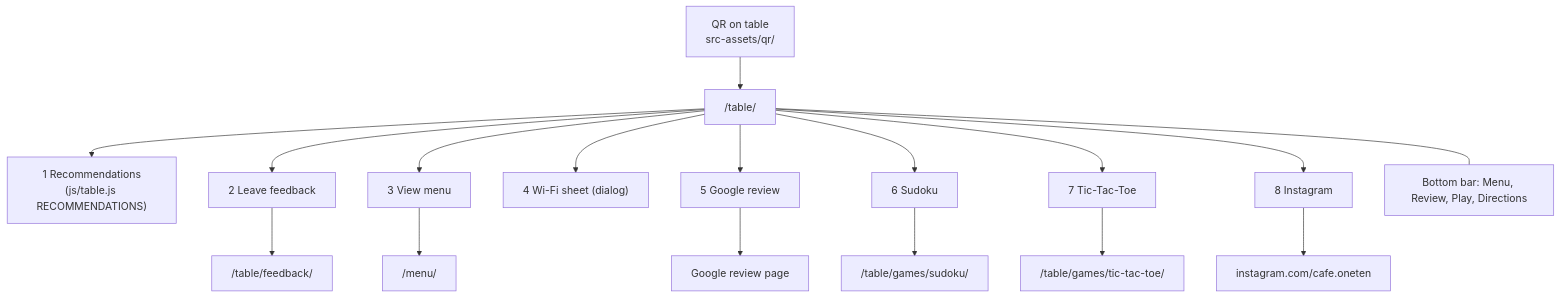
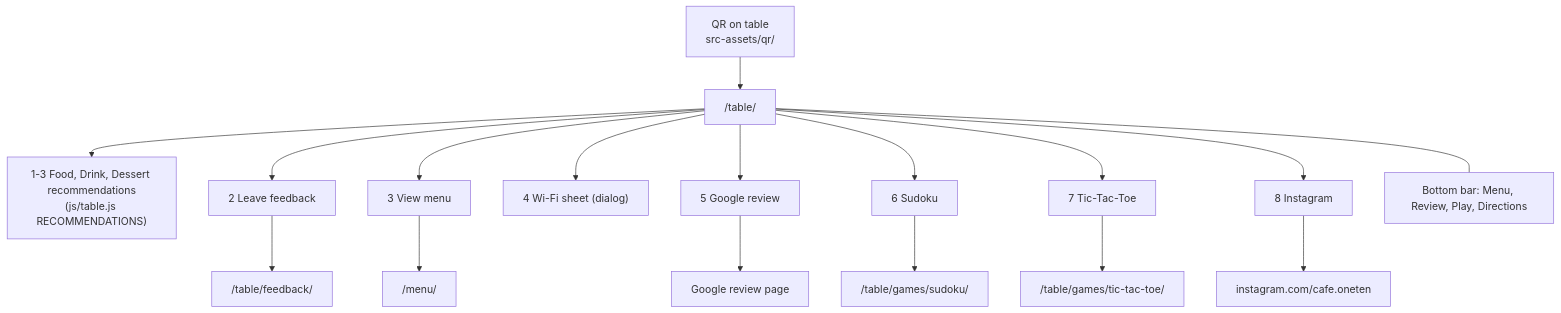
Before and after one commit to mahesh9403/Cafe-110-v2: the third of 4 diagrams in CODEBASE.md, drawn with Mermaid. The commit also changed other lines of this file and 19 other files, not shown here.

First line of the commit message:
feat(table): separate Food, Drink and Dessert recommendation rows

````diff
--- a/CODEBASE.md
+++ b/CODEBASE.md
@@ -172,19 +172,19 @@
 ```mermaid
 graph TD
     QR["QR on table<br/>src-assets/qr/"] --> T["/table/"]
-    T --> R1["1 Recommendations<br/>(js/table.js RECOMMENDATIONS)"]
+    T --> R1["1-3 Food, Drink, Dessert recommendations<br/>(js/table.js RECOMMENDATIONS)"]
     T --> R2["2 Leave feedback"]
     T --> R3["3 View menu"]
     T --> R4["4 Wi-Fi sheet (dialog)"]
     T --> R5["5 Google review"]
     T --> R6["6 Sudoku"]
     T --> R7["7 Tic-Tac-Toe"]
     T --> R8["8 Instagram"]
     R2 --> FB["/table/feedback/"]
     R3 --> MENU["/menu/"]
     R5 --> GR["Google review page"]
     R6 --> SDK["/table/games/sudoku/"]
     R7 --> TTT["/table/games/tic-tac-toe/"]
     R8 --> IG["instagram.com/cafe.oneten"]
     T --- BAR["Bottom bar: Menu, Review, Play, Directions"]
 ```
````
